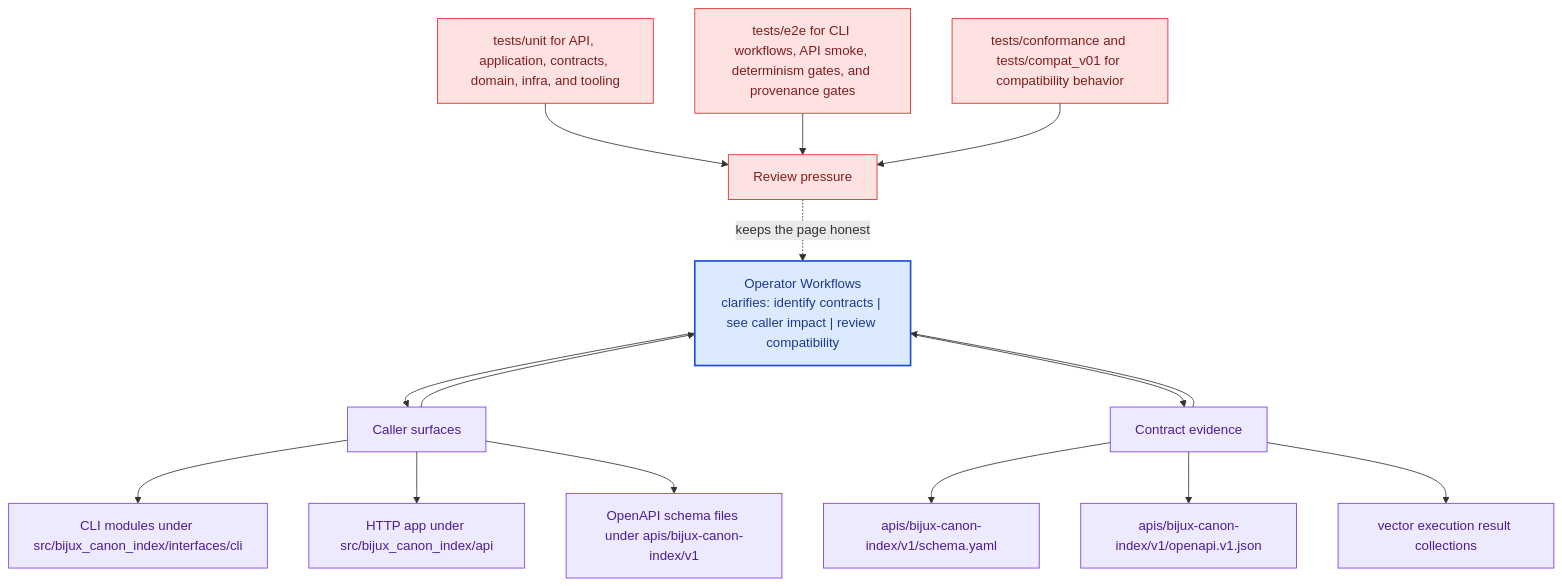
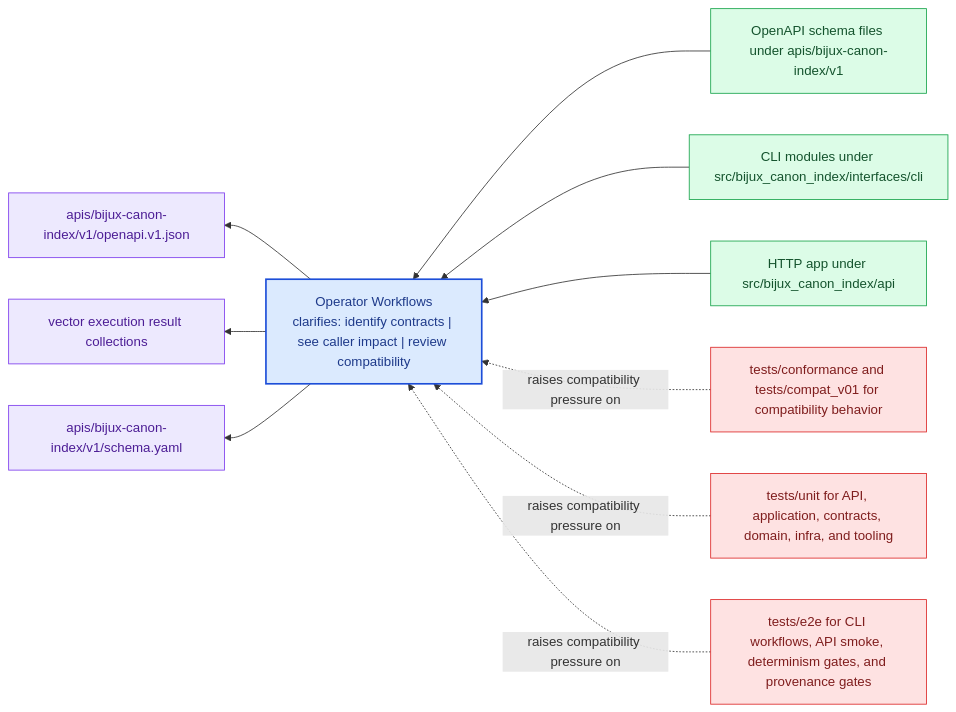
The diagram in docs/bijux-canon-index/interfaces/operator-workflows.md (bijux/bijux-canon), drawn with Mermaid before and after one commit. The commit also changed other lines of this file and 281 other files, not shown here.

Commit message:
docs(diagrams): replace repeated mermaid scaffolds with page-specific summaries

````diff
--- a/docs/bijux-canon-index/interfaces/operator-workflows.md
+++ b/docs/bijux-canon-index/interfaces/operator-workflows.md
@@ -67,41 +22,31 @@
 ```mermaid
-flowchart TB
-    promise["Operator Workflows<br/>clarifies: identify contracts | see caller impact | review compatibility"]
-    classDef promise fill:#dbeafe,stroke:#1d4ed8,color:#1e3a8a,stroke-width:2px;
-    classDef driver fill:#dcfce7,stroke:#16a34a,color:#14532d;
-    classDef constraint fill:#fee2e2,stroke:#dc2626,color:#7f1d1d;
-    classDef ground fill:#ede9fe,stroke:#7c3aed,color:#4c1d95;
-    focus1["Caller surfaces"]
-    focus1 --> promise
-    promise --> focus1
-    focus1_1["CLI modules under src/bijux_canon_index/interfaces/cli"]
-    focus1 --> focus1_1
-    focus1_2["HTTP app under src/bijux_canon_index/api"]
-    focus1 --> focus1_2
-    focus1_3["OpenAPI schema files under apis/bijux-canon-index/v1"]
-    focus1 --> focus1_3
-    class focus1 ground;
-    class focus1_1,focus1_2,focus1_3 ground;
-    focus2["Contract evidence"]
-    focus2 --> promise
-    promise --> focus2
-    focus2_1["apis/bijux-canon-index/v1/schema.yaml"]
-    focus2 --> focus2_1
-    focus2_2["apis/bijux-canon-index/v1/openapi.v1.json"]
-    focus2 --> focus2_2
-    focus2_3["vector execution result collections"]
-    focus2 --> focus2_3
-    class focus2 ground;
-    class focus2_1,focus2_2,focus2_3 ground;
-    focus3["Review pressure"]
-    focus3 -.keeps the page honest.-> promise
-    focus3_1["tests/unit for API, application, contracts, domain, infra, and tooling"]
-    focus3_1 --> focus3
-    focus3_2["tests/e2e for CLI workflows, API smoke, determinism gates, and provenance gates"]
-    focus3_2 --> focus3
-    focus3_3["tests/conformance and tests/compat_v01 for compatibility behavior"]
-    focus3_3 --> focus3
-    class focus3 constraint;
-    class focus3_1,focus3_2,focus3_3 constraint;
-    class promise promise;
+flowchart RL
+    page["Operator Workflows<br/>clarifies: identify contracts | see caller impact | review compatibility"]
+    classDef page fill:#dbeafe,stroke:#1d4ed8,color:#1e3a8a,stroke-width:2px;
+    classDef positive fill:#dcfce7,stroke:#16a34a,color:#14532d;
+    classDef caution fill:#fee2e2,stroke:#dc2626,color:#7f1d1d;
+    classDef anchor fill:#ede9fe,stroke:#7c3aed,color:#4c1d95;
+    classDef action fill:#fef3c7,stroke:#d97706,color:#7c2d12;
+    surface1["OpenAPI schema files under apis/bijux-canon-index/v1"]
+    surface1 --> page
+    surface2["CLI modules under src/bijux_canon_index/interfaces/cli"]
+    surface2 --> page
+    surface3["HTTP app under src/bijux_canon_index/api"]
+    surface3 --> page
+    proof1["apis/bijux-canon-index/v1/openapi.v1.json"]
+    page --> proof1
+    proof2["vector execution result collections"]
+    page --> proof2
+    proof3["apis/bijux-canon-index/v1/schema.yaml"]
+    page --> proof3
+    review1["tests/conformance and tests/compat_v01 for compatibility behavior"]
+    review1 -.raises compatibility pressure on.-> page
+    review2["tests/unit for API, application, contracts, domain, infra, and tooling"]
+    review2 -.raises compatibility pressure on.-> page
+    review3["tests/e2e for CLI workflows, API smoke, determinism gates, and provenance gates"]
+    review3 -.raises compatibility pressure on.-> page
+    class page page;
+    class surface1,surface2,surface3 positive;
+    class proof1,proof2,proof3 anchor;
+    class review1,review2,review3 caution;
 ```
````
